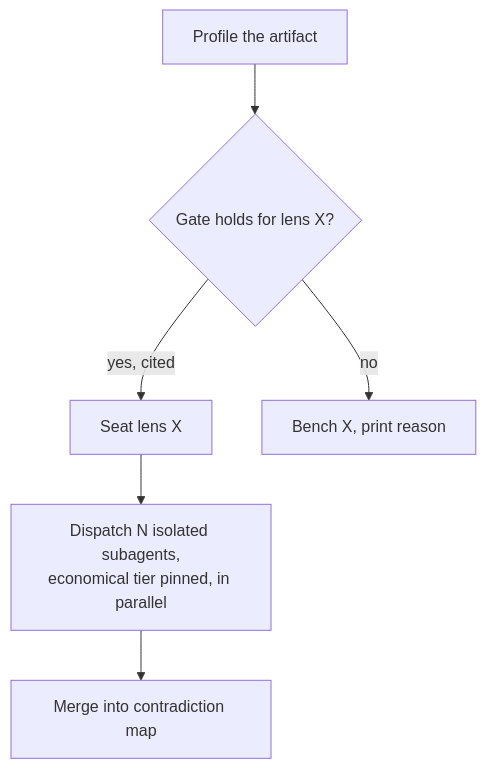
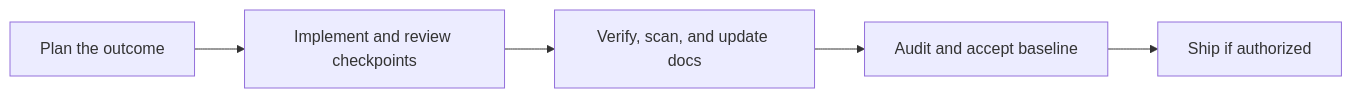
One commit to damusix/atomic-claude changed the diagram in docs/wiki/workflow.md. Above: the diagram before and after it, drawn with Mermaid. The commit also changed other lines of this file and 203 other files, not shown here.

````diff
--- a/docs/wiki/workflow.md
+++ b/docs/wiki/workflow.md
@@ -326,8 +20,7 @@
 ```mermaid
-flowchart TD
-    P["Profile the artifact"] --> G{"Gate holds for lens X?"}
-    G -->|yes, cited| S["Seat lens X"]
-    G -->|no| B["Bench X, print reason"]
-    S --> D["Dispatch N isolated subagents,<br/>economical tier pinned, in parallel"]
-    D --> M["Merge into contradiction map"]
+flowchart LR
+    P["Plan the outcome"] --> I["Implement and review checkpoints"]
+    I --> V["Verify, scan, and update docs"]
+    V --> S["Audit and accept baseline"]
+    S --> G["Ship if authorized"]
 ```
````
